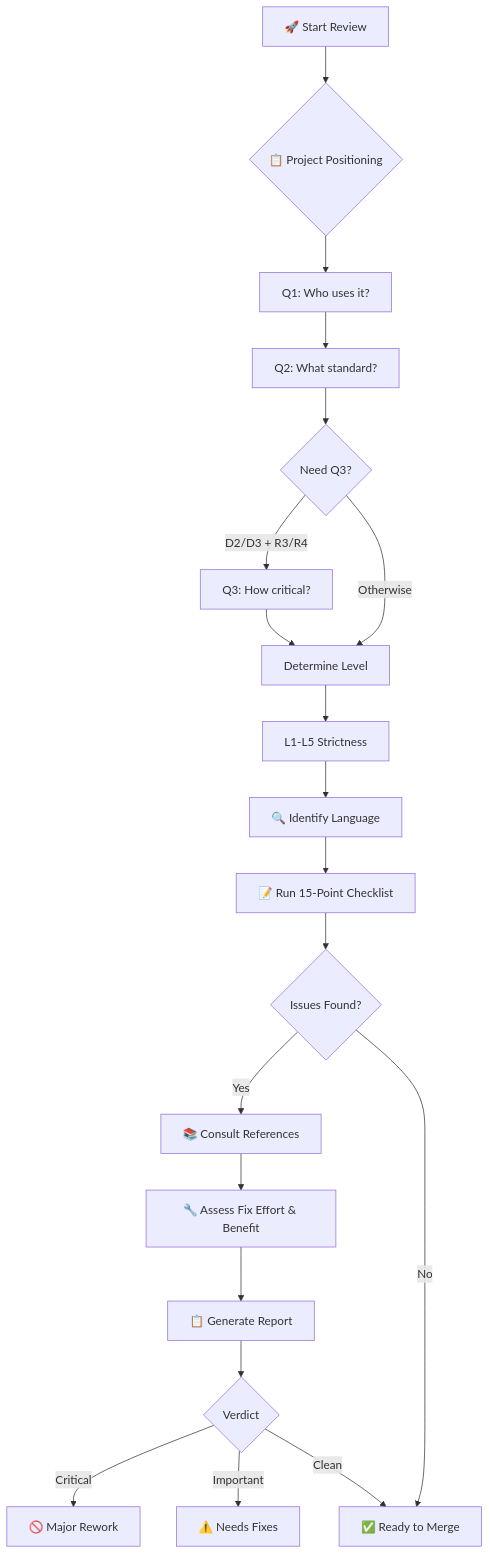
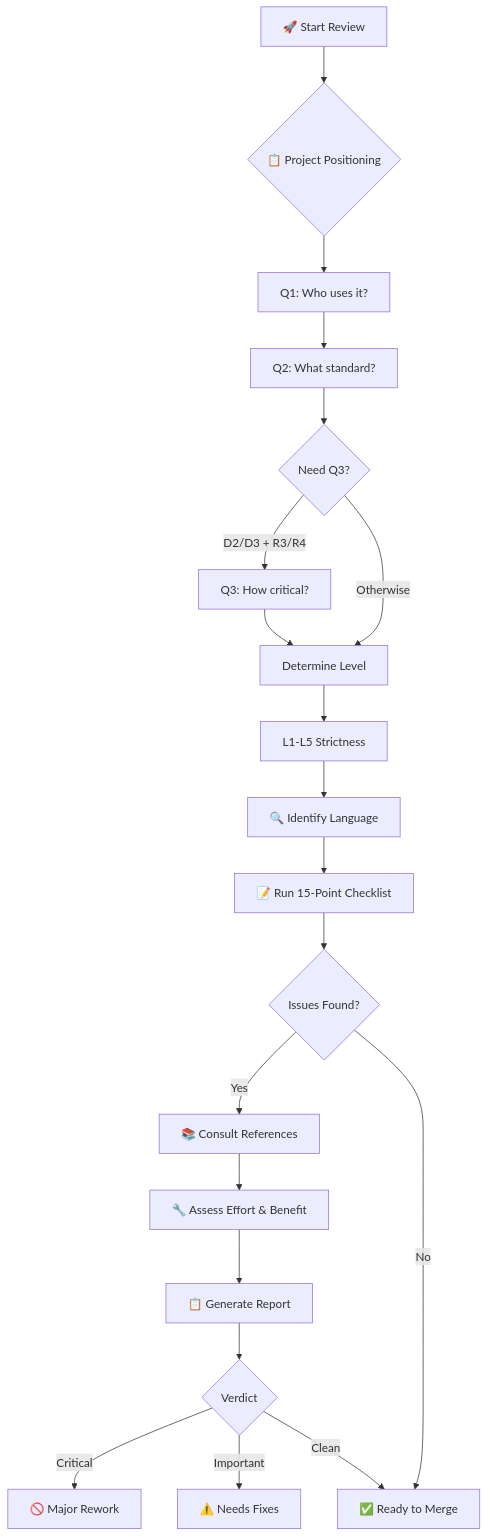
The diagram in docs/features.md (Zhen-Bo/pragmatic-clean-code-reviewer), drawn with Mermaid before and after one commit. The commit also changed other lines of this file and 2 other files, not shown here.

````diff
--- a/docs/features.md
+++ b/docs/features.md
@@ -114,27 +128,27 @@
 ```mermaid
 flowchart TD
     A[🚀 Start Review] --> B{📋 Project Positioning}
     B --> C[Q1: Who uses it?]
     C --> D[Q2: What standard?]
     D --> E{Need Q3?}
     
     E -->|D2/D3 + R3/R4| F[Q3: How critical?]
     E -->|Otherwise| G[Determine Level]
     F --> G
     
     G --> H[L1-L5 Strictness]
     H --> I[🔍 Identify Language]
     I --> J[📝 Run 15-Point Checklist]
     J --> K{Issues Found?}
 
     K -->|Yes| L[📚 Consult References]
     K -->|No| M[✅ Ready to Merge]
 
-    L --> L2[🔧 Assess Fix Effort & Benefit]
+    L --> L2[🔧 Assess Effort & Benefit]
     L2 --> N[📋 Generate Report]
     N --> O{Verdict}
 
     O -->|Critical| P[🚫 Major Rework]
     O -->|Important| Q[⚠️ Needs Fixes]
     O -->|Clean| M
 ```
````
